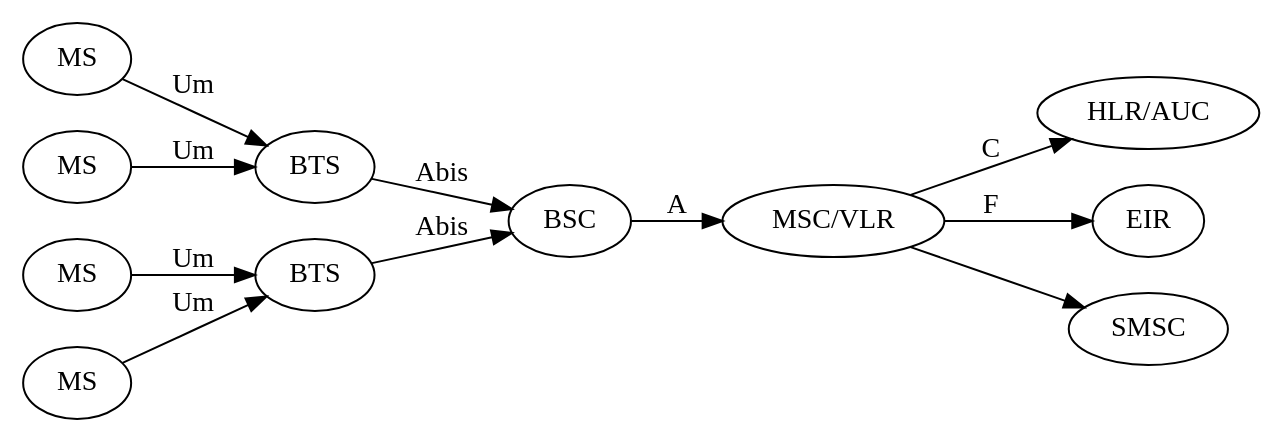
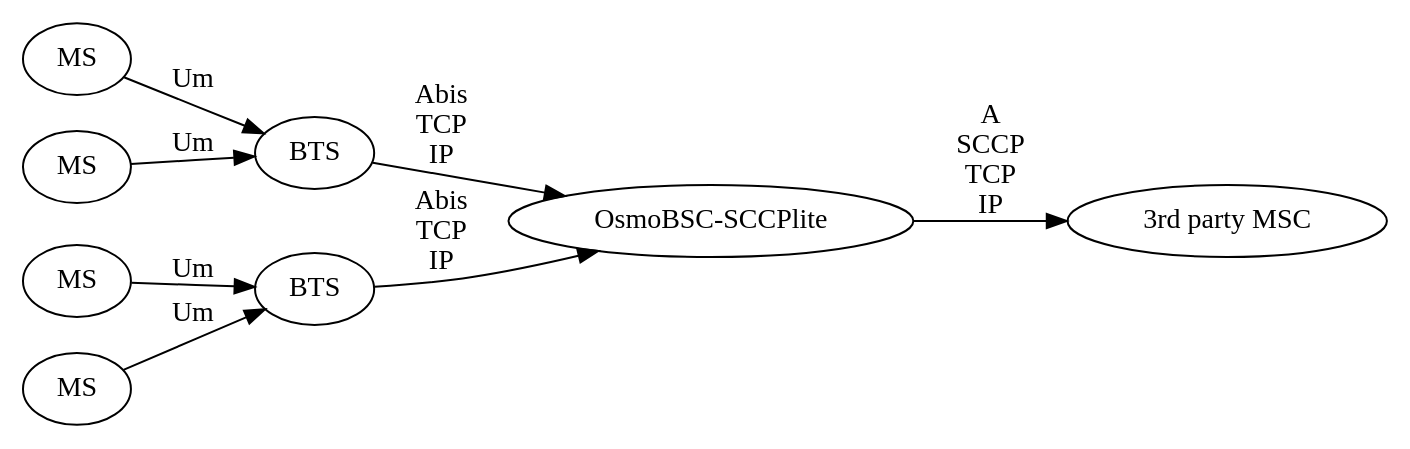
Before and after one commit to osmocom/osmo-gsm-manuals: the first of 2 diagrams in OsmoBSC/chapters/overview.adoc, drawn with Graphviz. The commit also changed other lines of this file, not shown here.

Commit message:
OsmoBSC: update overview to explain both SCCPlite and SCCP/M3UA

```diff
--- a/OsmoBSC/chapters/overview.adoc
+++ b/OsmoBSC/chapters/overview.adoc
@@ -22,27 +69,18 @@
 [graphviz]
 ----
 digraph G {
         rankdir=LR;
         MS0 [label="MS"];
         MS1 [label="MS"];
         MS2 [label="MS"];
         MS3 [label="MS"];
         BTS0 [label="BTS"];
         BTS1 [label="BTS"];
-        BSC;
-        MSC [label="MSC/VLR"];
-        HLR [label="HLR/AUC"];
-        EIR;
-        SMSC;
-        MS0->BTS0 [label="Um"];
-        MS1->BTS0 [label="Um"];
-        MS2->BTS1 [label="Um"];
-        MS3->BTS1 [label="Um"];
-        BTS0->BSC [label="Abis"];
-        BTS1->BSC [label="Abis"];
-        BSC->MSC [label="A"];
-        MSC->HLR [label="C"];
-        MSC->EIR [label="F"];
-        MSC->SMSC;
+        BSC [label="OsmoBSC-SCCPlite"];
+        MSC [label="3rd party MSC"];
+        {MS0,MS1}->BTS0 [label="Um"];
+        {MS2,MS3}->BTS1 [label="Um"];
+        {BTS0,BTS1}->BSC [label="Abis\nTCP\nIP"];
+        BSC->MSC [label="A\nSCCP\nTCP\nIP"];
 }
 ----
```
